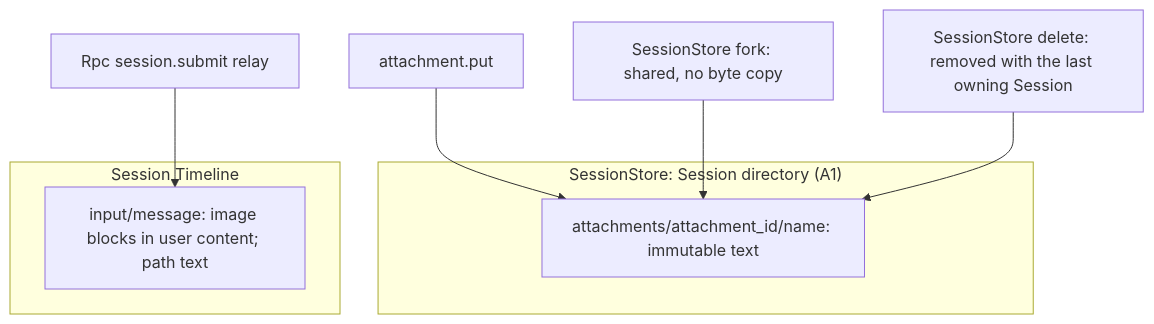
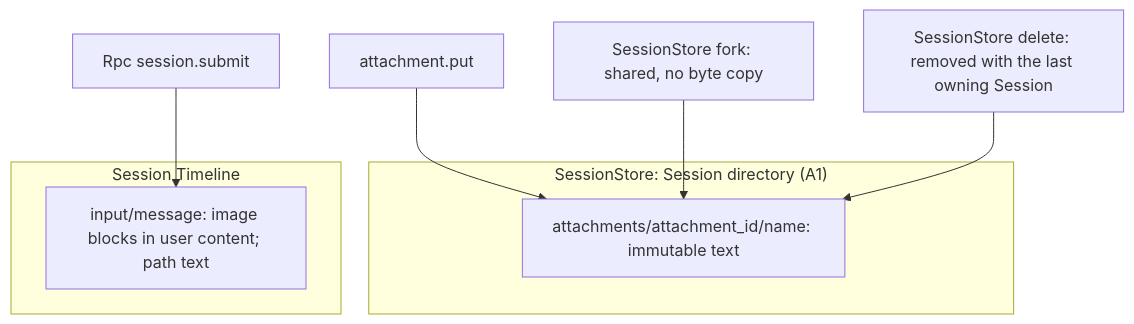
Before and after one commit to CoutinhoTTS/dim-agent: the second of 4 diagrams in docs/design/plugins/Attachments.md, drawn with Mermaid. The commit also changed other lines of this file and 3 other files, not shown here.

````diff
--- a/docs/design/plugins/Attachments.md
+++ b/docs/design/plugins/Attachments.md
@@ -41,13 +38,13 @@
 ```mermaid
 flowchart TB
   subgraph SSD["SessionStore: Session directory (A1)"]
     F["attachments/attachment_id/name: immutable text"]
   end
   subgraph TL["Session Timeline"]
     IM["input/message: image blocks in user content; path text"]
   end
   PUT["attachment.put"] --> F
   FORK["SessionStore fork: shared, no byte copy"] --> F
   DEL["SessionStore delete: removed with the last owning Session"] --> F
-  SUB["Rpc session.submit relay"] --> IM
+  SUB["Rpc session.submit"] --> IM
 ```
````
